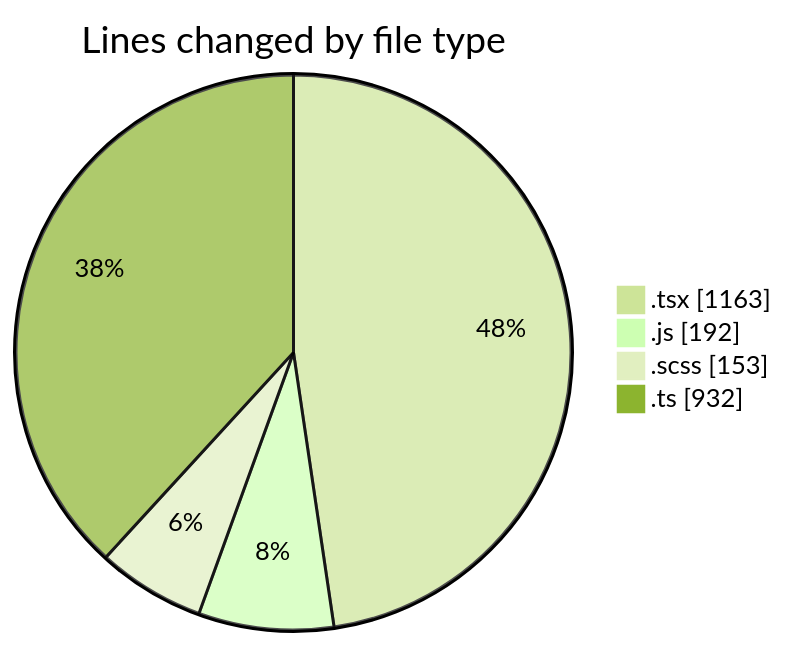
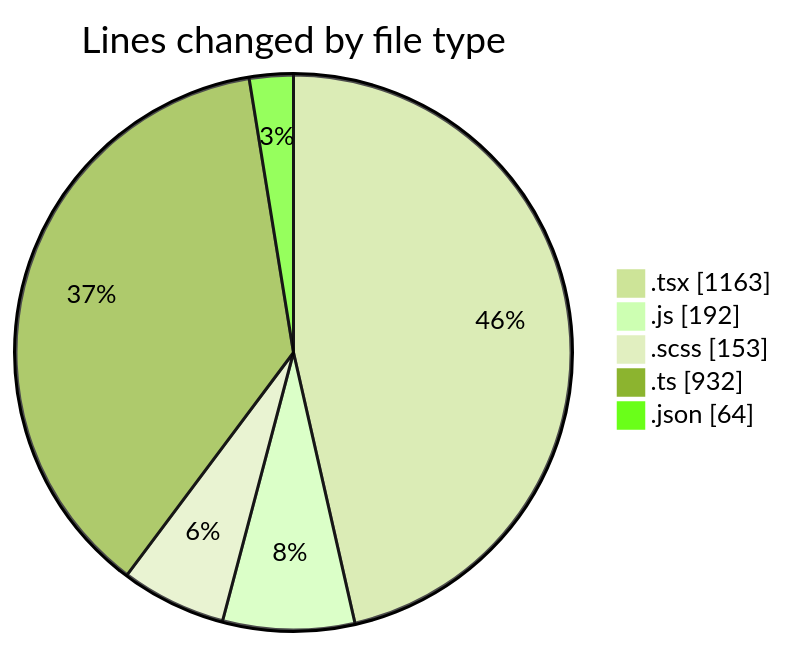
The first of 2 diagrams in 2026-08-25/cda/README.md (momahboobian/code-tracking), drawn with Mermaid (forest theme) before and after one commit. The commit also changed other lines of this file and 1 other file, not shown here.

````diff
--- a/2026-08-25/cda/README.md
+++ b/2026-08-25/cda/README.md
@@ -43,8 +44,9 @@
 ```mermaid
 pie showData
 title Lines changed by file type
 ".tsx" : 1163
 ".js" : 192
 ".scss" : 153
 ".ts" : 932
+".json" : 64
 ```
````
